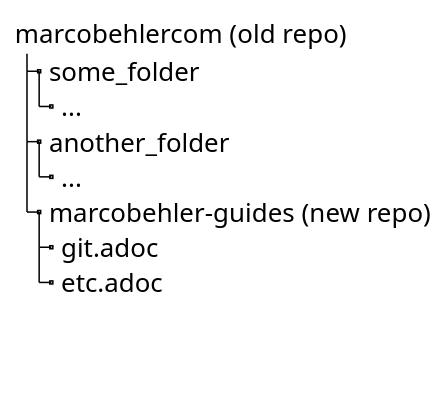
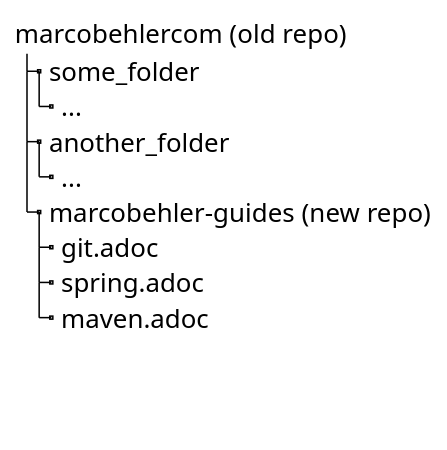
Before and after one commit to marcobehler/marcobehler-guides: the third of 3 diagrams in git-splitting-repositories-removing-sensitive-data.adoc, drawn with PlantUML. The commit also changed other lines of this file, not shown here.

```diff
--- a/git-splitting-repositories-removing-sensitive-data.adoc
+++ b/git-splitting-repositories-removing-sensitive-data.adoc
@@ -135,36 +137,37 @@
-[plantuml, format=svg, opts="inline"]
+[plantuml,subtree-merges-v2, format=svg, opts="inline"]
 ----
 skinparam Legend {
 	BackgroundColor transparent
 	BorderThickness 0
 	FontSize 17
 }
 
 ' We use skinparams to hide our dummy participant
 ' and make it as little space as possible
 skinparam SequenceLifeLineBorderThickness 0
 skinparam SequenceLifeLineBorderColor transparent
 skinparam SequenceParticipant {
 	BackgroundColor transparent
 	BorderColor transparent
 	Shadowing false
 	FontSize 0
 	BorderThickness 0
 	Padding 0
 }
 hide footbox
 
 ' "participant" nudges PlantUML to a sequence diagram
 participant dummy
 
 legend top left
 marcobehlercom (old repo)
 |_ some_folder
   |_ ...
 |_ another_folder
   |_ ...
 |_ marcobehler-guides (new repo)
   |_ git.adoc
-  |_ etc.adoc
+  |_ spring.adoc
+  |_ maven.adoc
 end legend
 ----
```
